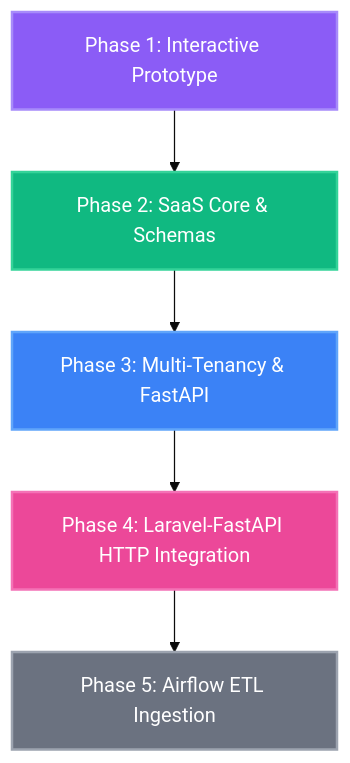
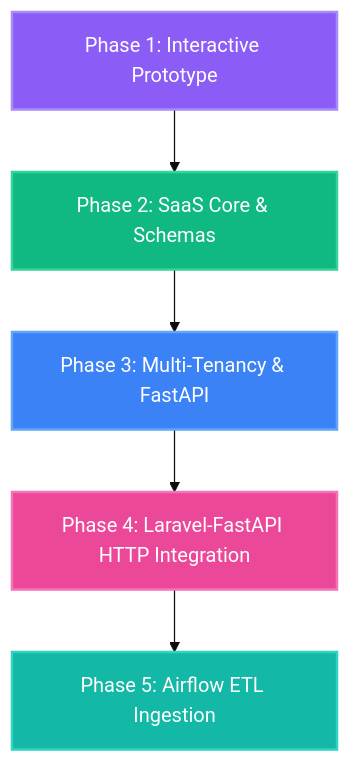
The diagram in README.md (SadeepSachintha/StockSense-AI), drawn with Mermaid (base theme) before and after one commit. The commit also changed other lines of this file and 2 other files, not shown here.

````diff
--- a/README.md
+++ b/README.md
@@ -32,13 +32,13 @@
 ```mermaid
 graph TD
     Phase1[Phase 1: Interactive Prototype] --> Phase2[Phase 2: SaaS Core & Schemas]
     Phase2 --> Phase3[Phase 3: Multi-Tenancy & FastAPI]
     Phase3 --> Phase4[Phase 4: Laravel-FastAPI HTTP Integration]
     Phase4 --> Phase5[Phase 5: Airflow ETL Ingestion]
     
     style Phase1 fill:#8b5cf6,stroke:#a78bfa,stroke-width:2px,color:#fff
     style Phase2 fill:#10b981,stroke:#34d399,stroke-width:2px,color:#fff
     style Phase3 fill:#3b82f6,stroke:#60a5fa,stroke-width:2px,color:#fff
     style Phase4 fill:#ec4899,stroke:#f472b6,stroke-width:2px,color:#fff
-    style Phase5 fill:#6b7280,stroke:#9ca3af,stroke-width:2px,color:#fff
+    style Phase5 fill:#14b8a6,stroke:#2dd4bf,stroke-width:2px,color:#fff
 ```
````
